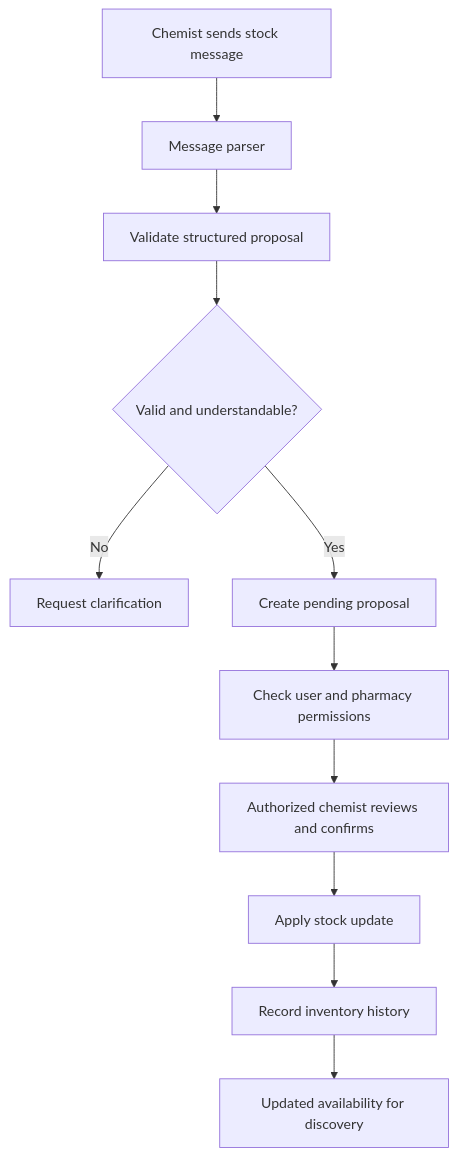
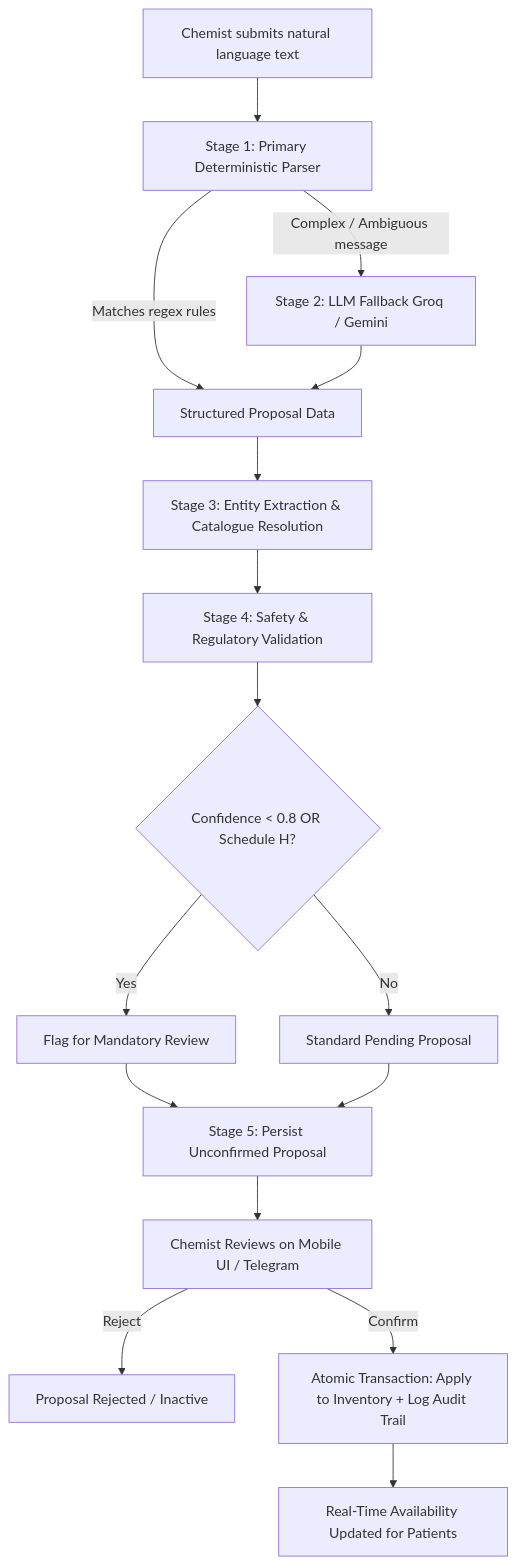
The diagram in README.md (Shubhansh013/MediBridge), drawn with Mermaid before and after one commit. The commit also changed other lines of this file, not shown here.

Commit message:
docs: update README with 4-tier architecture, AI/LLM workflow, and mobile specifications

````diff
--- a/README.md
+++ b/README.md
@@ -50,13 +63,18 @@
 ```mermaid
 flowchart TD
-    A[Chemist sends stock message] --> B[Message parser]
-    B --> C[Validate structured proposal]
-    C --> D{Valid and understandable?}
-    D -- No --> E[Request clarification]
-    D -- Yes --> F[Create pending proposal]
-    F --> G[Check user and pharmacy permissions]
-    G --> H[Authorized chemist reviews and confirms]
-    H --> I[Apply stock update]
-    I --> J[Record inventory history]
-    J --> K[Updated availability for discovery]
+    A[Chemist submits natural language text] --> B[Stage 1: Primary Deterministic Parser]
+    B -- Matches regex rules --> D[Structured Proposal Data]
+    B -- Complex / Ambiguous message --> C[Stage 2: LLM Fallback Groq / Gemini]
+    C --> D
+    D --> E[Stage 3: Entity Extraction & Catalogue Resolution]
+    E --> F[Stage 4: Safety & Regulatory Validation]
+    F --> G{Confidence < 0.8 OR Schedule H?}
+    G -- Yes --> H[Flag for Mandatory Review]
+    G -- No --> I[Standard Pending Proposal]
+    H --> J[Stage 5: Persist Unconfirmed Proposal]
+    I --> J
+    J --> K[Chemist Reviews on Mobile UI / Telegram]
+    K -- Reject --> L[Proposal Rejected / Inactive]
+    K -- Confirm --> M[Atomic Transaction: Apply to Inventory + Log Audit Trail]
+    M --> N[Real-Time Availability Updated for Patients]
 ```
````
